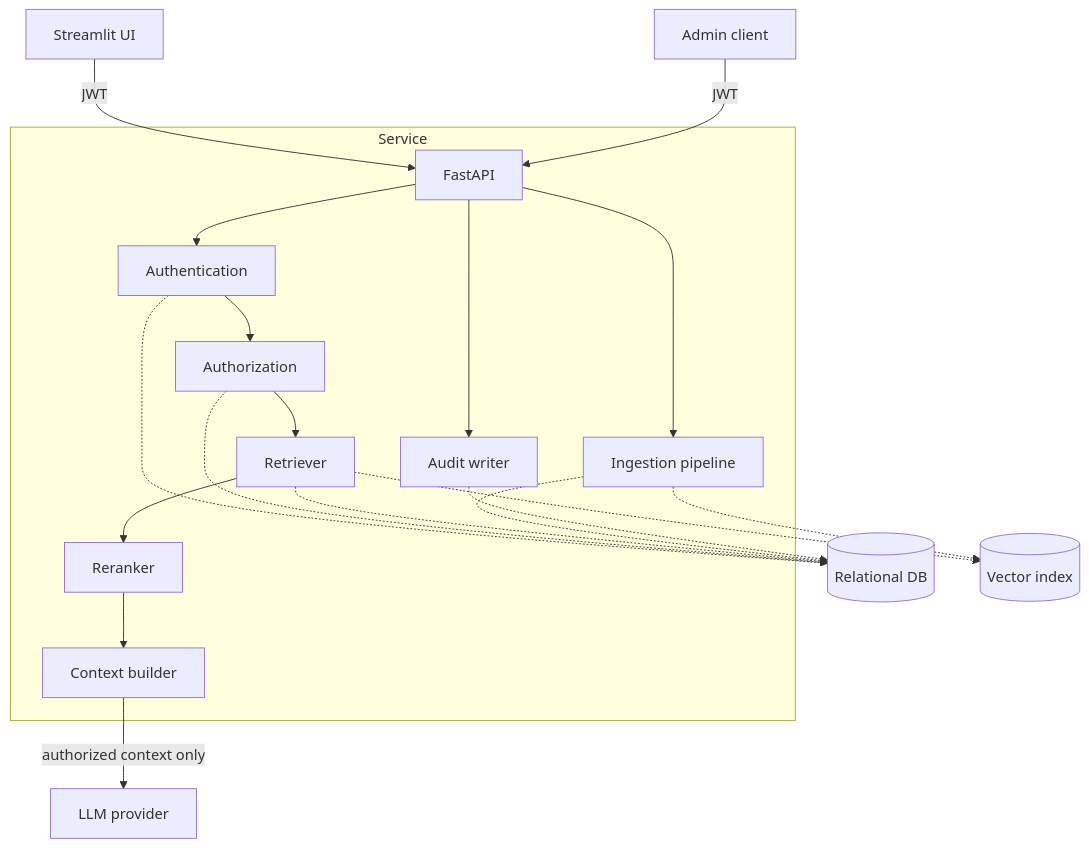
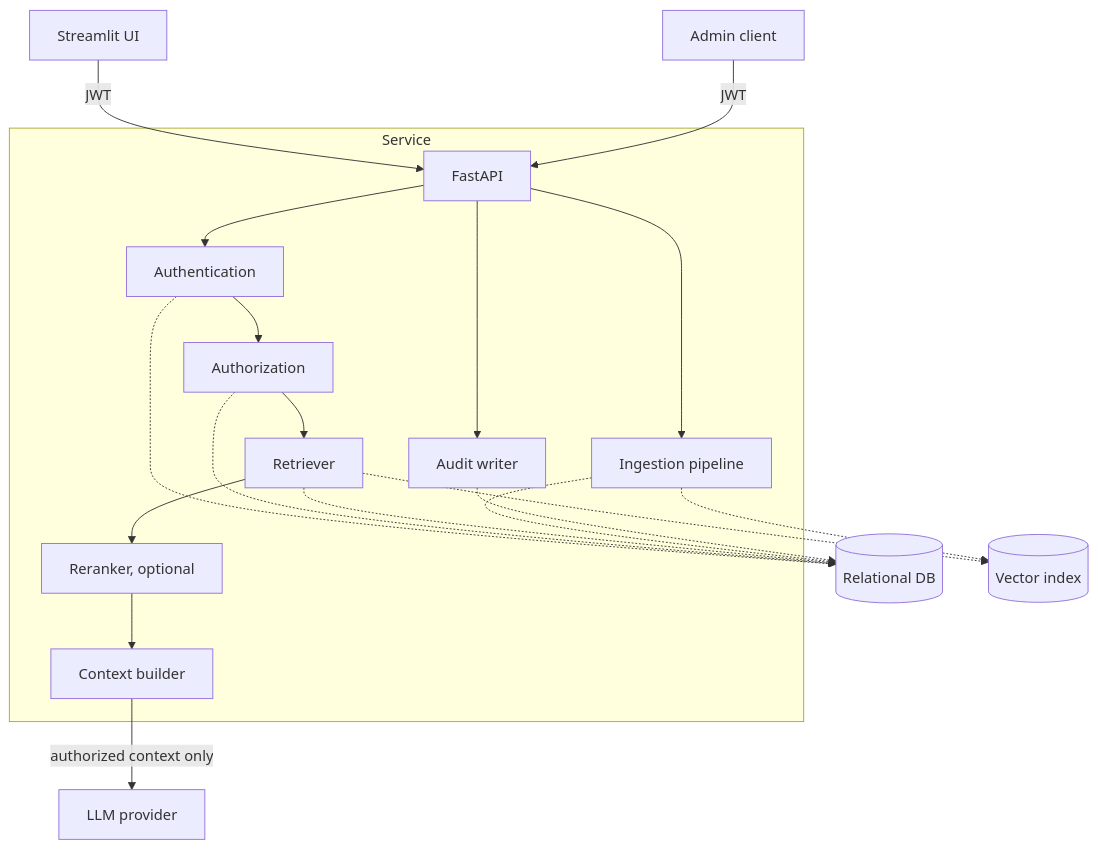
Before and after one commit to pramodganar/permission-aware-enterprise-knowledge-system: the diagram in docs/architecture.md, drawn with Mermaid. The commit also changed other lines of this file and 16 other files, not shown here.

````diff
--- a/docs/architecture.md
+++ b/docs/architecture.md
@@ -14,25 +14,25 @@
 ```mermaid
 flowchart TD
     UI[Streamlit UI] -->|JWT| API[FastAPI]
     ADMIN[Admin client] -->|JWT| API
 
     subgraph Service
         API --> AUTH[Authentication]
         AUTH --> AUTHZ[Authorization]
         AUTHZ --> RET[Retriever]
-        RET --> RER[Reranker]
+        RET --> RER[Reranker, optional]
         RER --> CTX[Context builder]
         API --> ING[Ingestion pipeline]
         API --> AUD[Audit writer]
     end
 
     CTX -->|authorized context only| LLM[LLM provider]
 
     AUTH -.-> DB[(Relational DB)]
     AUTHZ -.-> DB
     RET -.-> DB
     RET -.-> IDX[(Vector index)]
     ING -.-> DB
     ING -.-> IDX
     AUD -.-> DB
 ```
````
